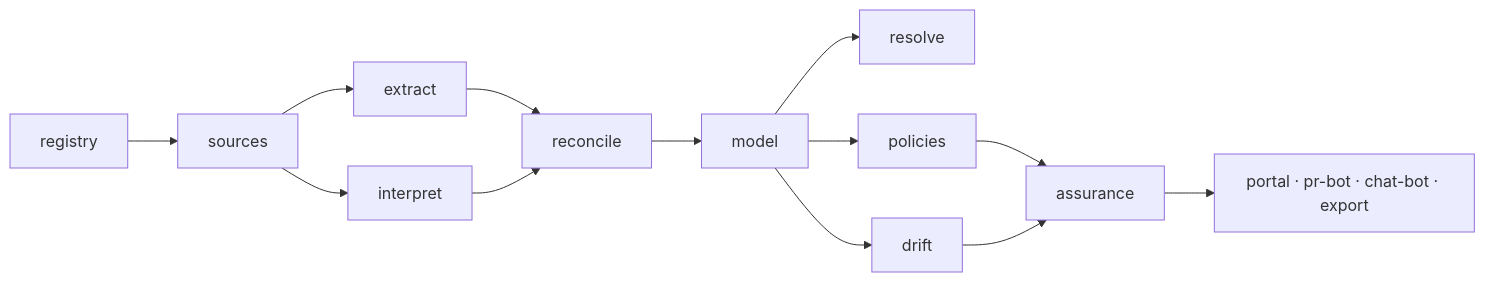
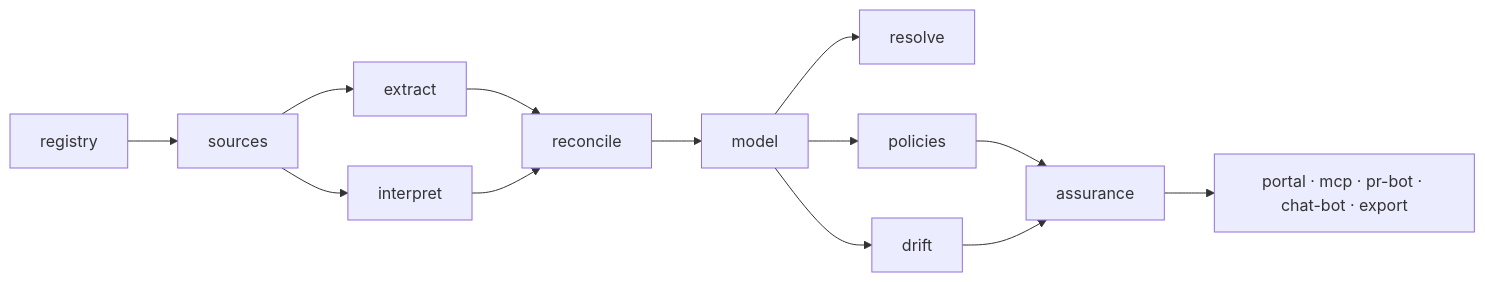
The diagram in docs/adr/0004-module-decomposition-revision-1.md (teamv39/archon), drawn with Mermaid before and after one commit. The commit also changed other lines of this file and 14 other files, not shown here.

Commit message:
docs: update and standardize documentation across architecture, guides, and project roadmap

````diff
--- a/docs/adr/0004-module-decomposition-revision-1.md
+++ b/docs/adr/0004-module-decomposition-revision-1.md
@@ -34,15 +35,15 @@
 ```mermaid
 flowchart LR
     registry["registry"] --> sources["sources"]
     sources --> extract["extract"]
     sources --> interpret["interpret"]
     extract --> reconcile["reconcile"]
     interpret --> reconcile
     reconcile --> model["model"]
     model --> resolve["resolve"]
     model --> policies["policies"]
     model --> drift["drift"]
     policies --> assurance["assurance"]
     drift --> assurance
-    assurance --> channels["portal · pr-bot · chat-bot · export"]
+    assurance --> channels["portal · mcp · pr-bot · chat-bot · export"]
 ```
````
